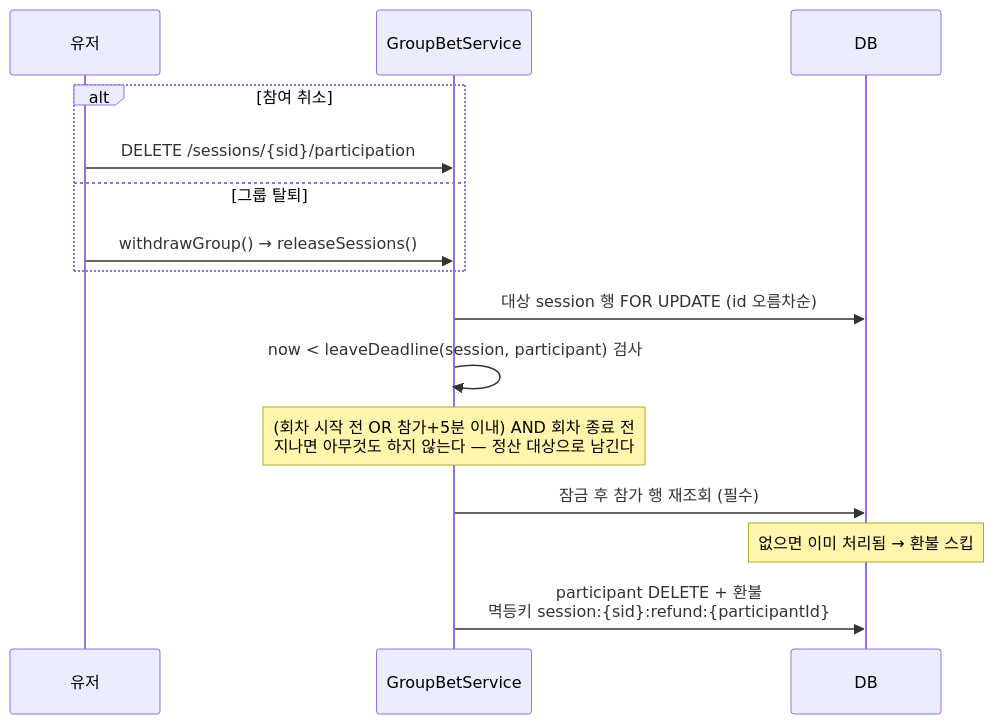
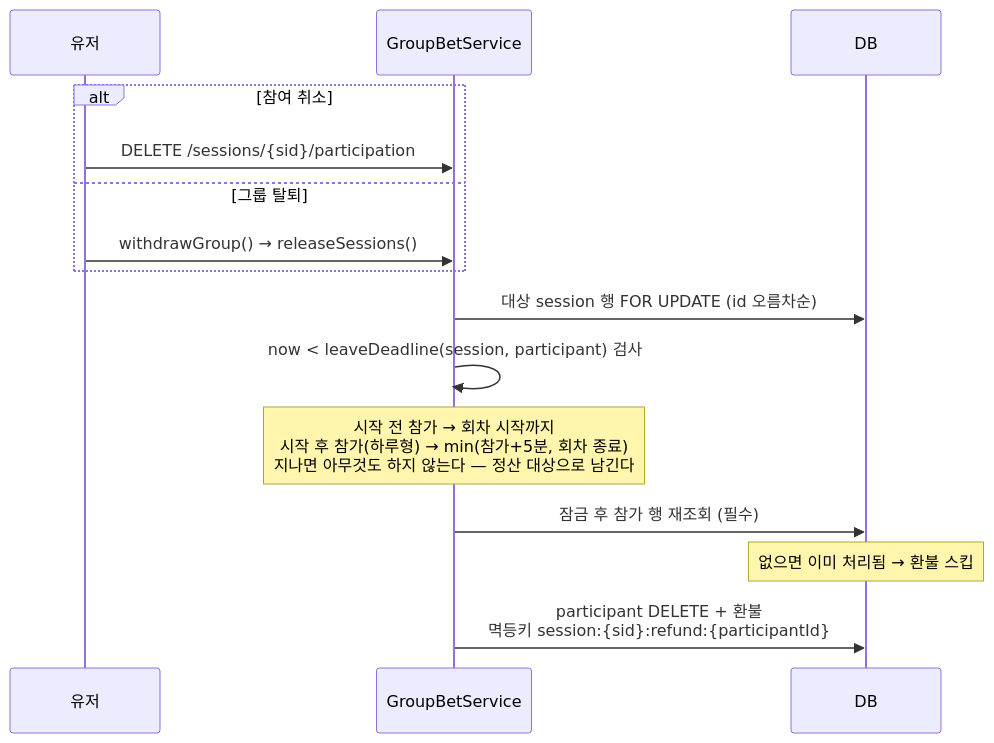
The seventh of 13 diagrams in docs/prd/challenge/high-level-design.md (OneOrThree/phone), drawn with Mermaid before and after one commit. The commit also changed other lines of this file and 3 other files, not shown here.

````diff
--- a/docs/prd/challenge/high-level-design.md
+++ b/docs/prd/challenge/high-level-design.md
@@ -285,19 +285,19 @@
 ```mermaid
 sequenceDiagram
     participant U as 유저
     participant S as GroupBetService
     participant DB as DB
 
     alt 참여 취소
         U->>S: DELETE /sessions/{sid}/participation
     else 그룹 탈퇴
         U->>S: withdrawGroup() → releaseSessions()
     end
 
     S->>DB: 대상 session 행 FOR UPDATE (id 오름차순)
     S->>S: now < leaveDeadline(session, participant) 검사
-    Note over S: (회차 시작 전 OR 참가+5분 이내) AND 회차 종료 전<br/>지나면 아무것도 하지 않는다 — 정산 대상으로 남긴다
+    Note over S: 시작 전 참가 → 회차 시작까지<br/>시작 후 참가(하루형) → min(참가+5분, 회차 종료)<br/>지나면 아무것도 하지 않는다 — 정산 대상으로 남긴다
     S->>DB: 잠금 후 참가 행 재조회 (필수)
     Note over DB: 없으면 이미 처리됨 → 환불 스킵
     S->>DB: participant DELETE + 환불<br/>멱등키 session:{sid}:refund:{participantId}
 ```
````
